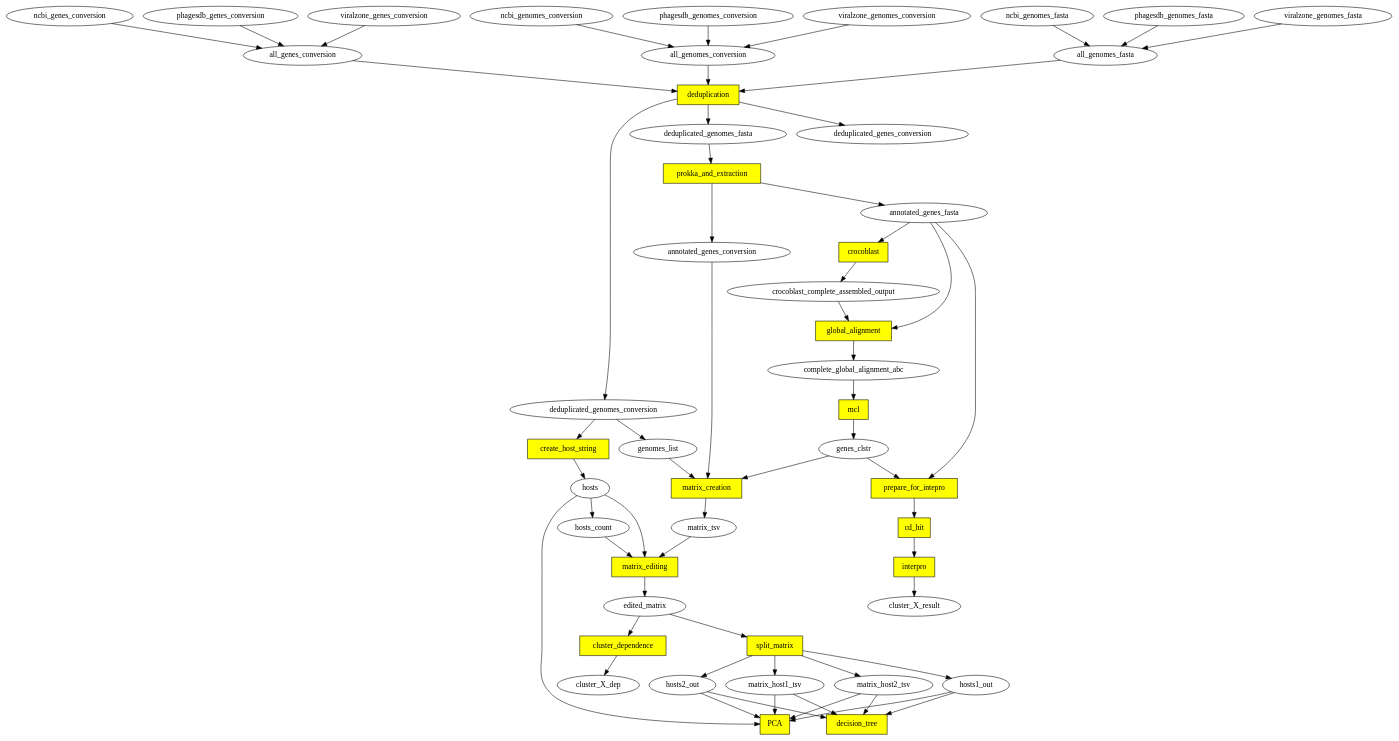
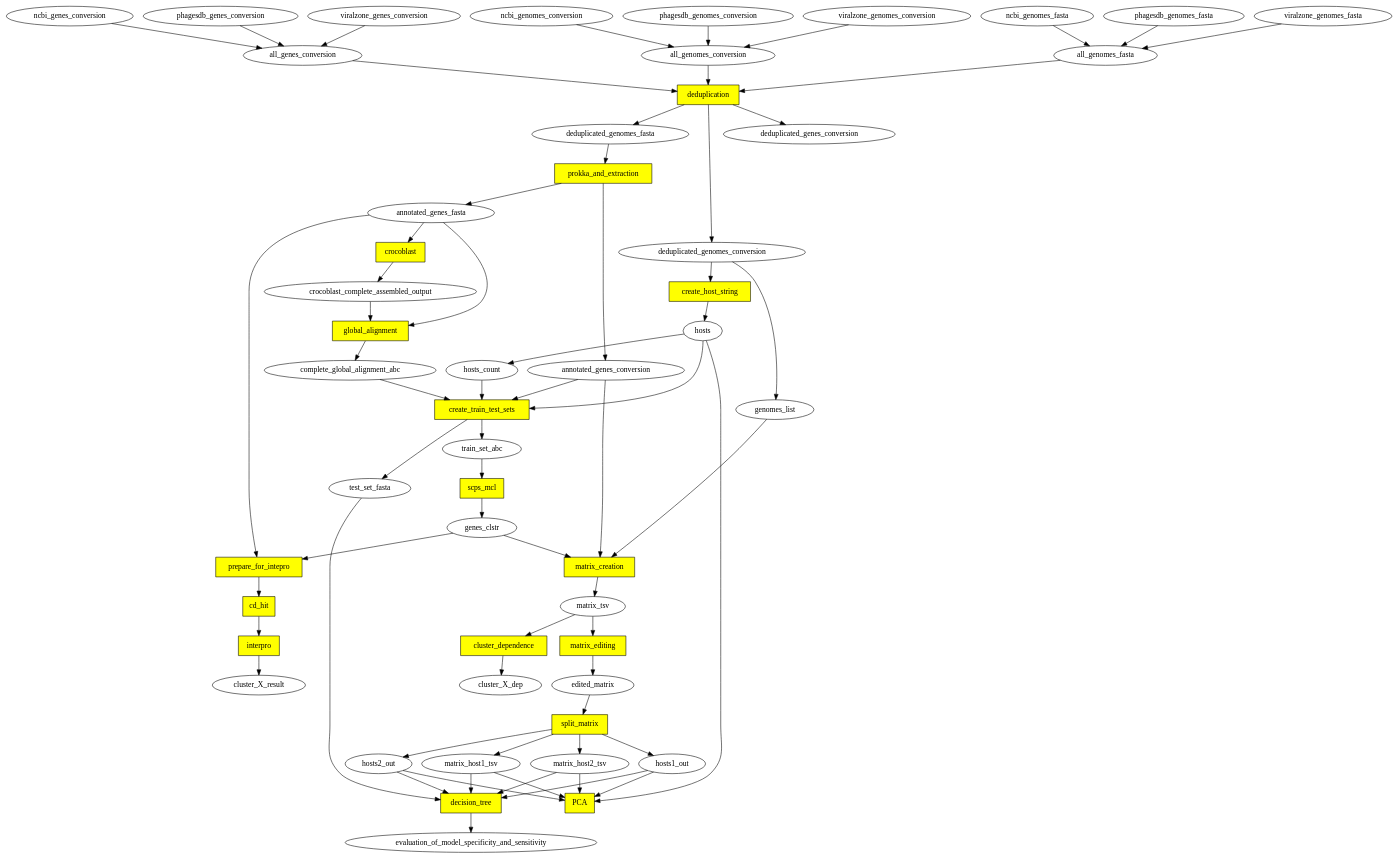
The diagram in scripts/graph_test.dot (andynet/bachelor_thesis), drawn with Graphviz before and after one commit.

Commit message:
added train and test set division

```diff
--- a/scripts/graph_test.dot
+++ b/scripts/graph_test.dot
@@ -1,142 +1,152 @@
 /*
 compile with:
 dot -Tpng ./graph_test.dot -o graph_test.png
 */
 
 digraph G {
 
     /*
     ncbi_genes_conversion
     ncbi_genes_fasta
     ncbi_genomes_conversion
     ncbi_genomes_fasta
     phagesdb_genes_conversion
     phagesdb_genes_fasta
     phagesdb_genomes_conversion
     phagesdb_genomes_fasta
     viralzone_genes_conversion
     viralzone_genes_fasta
     viralzone_genomes_conversion
     viralzone_genomes_fasta
     all_genes_conversion
     all_genes_fasta
     all_genomes_conversion
     all_genomes_fasta
     deduplicated_genes_conversion
     deduplicated_genomes_conversion
     deduplicated_genomes_fasta
     PROKKA
     annotated_genes_conversion
     annotated_genes_fasta
     crocoblast
     crocoblast_database
     crocoblast_complete_assembled_output
     complete_global_alignment_abc
     global_alignment
     genes_clstr
     matrix_tsv
     edited_matrix_tsv
     */
 
     /*
     download_from_ncbi [shape=box fillcolor=yellow style=filled]
     download_from_viralzone [shape=box fillcolor=yellow style=filled]
     download_from_phagesdb [shape=box fillcolor=yellow style=filled]
     */
 
     deduplication [shape=box fillcolor=yellow style=filled]
     prokka_and_extraction [shape=box fillcolor=yellow style=filled]
     crocoblast [shape=box fillcolor=yellow style=filled]
     global_alignment [shape=box fillcolor=yellow style=filled]
-    mcl [shape=box fillcolor=yellow style=filled]
+    scps_mcl [shape=box fillcolor=yellow style=filled]
     matrix_creation [shape=box fillcolor=yellow style=filled]
     create_host_string [shape=box fillcolor=yellow style=filled]
     matrix_editing [shape=box fillcolor=yellow style=filled]
     split_matrix [shape=box fillcolor=yellow style=filled]
     PCA [shape=box fillcolor=yellow style=filled]
     decision_tree [shape=box fillcolor=yellow style=filled]
     cluster_dependence [shape=box fillcolor=yellow style=filled]
     prepare_for_intepro [shape=box fillcolor=yellow style=filled]
     cd_hit [shape=box fillcolor=yellow style=filled]
     interpro [shape=box fillcolor=yellow style=filled]
+    create_train_test_sets [shape=box fillcolor=yellow style=filled]
 
     /*
     download_from_ncbi -> { ncbi_genes_conversion ncbi_genes_fasta ncbi_genomes_conversion ncbi_genomes_fasta }
     download_from_viralzone -> { viralzone_genes_conversion viralzone_genes_fasta viralzone_genomes_conversion viralzone_genomes_fasta }
     download_from_phagesdb -> { phagesdb_genes_conversion phagesdb_genes_fasta phagesdb_genomes_conversion phagesdb_genomes_fasta }
     */
 
     ncbi_genes_conversion -> all_genes_conversion
     phagesdb_genes_conversion -> all_genes_conversion
     viralzone_genes_conversion -> all_genes_conversion
 
     /*
     ncbi_genes_fasta -> all_genes_fasta
     phagesdb_genes_fasta -> all_genes_fasta
     viralzone_genes_fasta -> all_genes_fasta
     */
 
     ncbi_genomes_conversion -> all_genomes_conversion
     phagesdb_genomes_conversion -> all_genomes_conversion
     viralzone_genomes_conversion -> all_genomes_conversion
 
     ncbi_genomes_fasta -> all_genomes_fasta
     phagesdb_genomes_fasta -> all_genomes_fasta
     viralzone_genomes_fasta -> all_genomes_fasta
 
     all_genomes_fasta -> deduplication
     all_genomes_conversion -> deduplication
     all_genes_conversion -> deduplication
 
     deduplication -> deduplicated_genomes_fasta
     deduplication -> deduplicated_genomes_conversion
     deduplication -> deduplicated_genes_conversion
 
         deduplicated_genomes_conversion -> genomes_list
         deduplicated_genomes_conversion -> create_host_string -> hosts -> hosts_count
 
     deduplicated_genomes_fasta -> prokka_and_extraction
 
     prokka_and_extraction -> annotated_genes_fasta
     prokka_and_extraction -> annotated_genes_conversion
 
     annotated_genes_fasta -> crocoblast
     crocoblast -> crocoblast_complete_assembled_output
 
     crocoblast_complete_assembled_output -> global_alignment
     annotated_genes_fasta -> global_alignment
 
     global_alignment -> complete_global_alignment_abc
 
-    complete_global_alignment_abc -> mcl
-    mcl -> genes_clstr
+    complete_global_alignment_abc -> create_train_test_sets
+    hosts_count -> create_train_test_sets
+    hosts -> create_train_test_sets
+    annotated_genes_conversion -> create_train_test_sets
+
+    create_train_test_sets -> train_set_abc
+    create_train_test_sets -> test_set_fasta
+
+    train_set_abc -> scps_mcl
+    scps_mcl -> genes_clstr
 
     { genes_clstr annotated_genes_fasta } -> prepare_for_intepro -> cd_hit -> interpro -> cluster_X_result
 
     genes_clstr -> matrix_creation
     annotated_genes_conversion -> matrix_creation
     genomes_list -> matrix_creation
 
     matrix_creation -> matrix_tsv
 
     matrix_tsv -> matrix_editing
-    hosts -> matrix_editing
-    hosts_count -> matrix_editing
 
     matrix_editing -> edited_matrix
 
-    edited_matrix -> cluster_dependence -> cluster_X_dep
+    matrix_tsv -> cluster_dependence -> cluster_X_dep
 
     edited_matrix -> split_matrix
 
     split_matrix -> { hosts1_out hosts2_out matrix_host1_tsv matrix_host2_tsv }
 
     { hosts1_out hosts2_out
       matrix_host1_tsv matrix_host2_tsv
       hosts } -> PCA
 
-    { hosts1_out hosts2_out
+    { test_set_fasta
+      hosts1_out hosts2_out
       matrix_host1_tsv matrix_host2_tsv
     } -> decision_tree
 
+    decision_tree -> evaluation_of_model_specificity_and_sensitivity
+
 }
```
